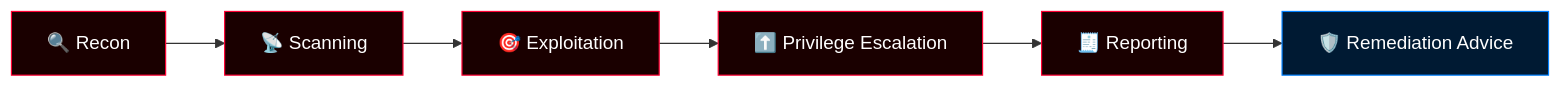
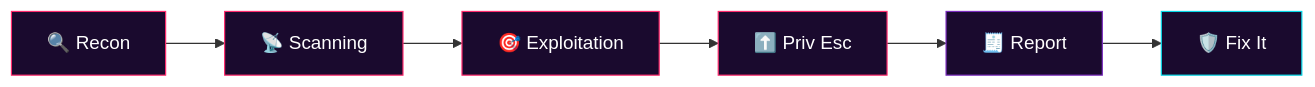
Before and after one commit to Hot-potato69/Hot-potato69: the diagram in README.md, drawn with Mermaid. The commit also changed other lines of this file, not shown here.

````diff
--- a/README.md
+++ b/README.md
@@ -96,14 +118,14 @@
 ```mermaid
 flowchart LR
     A[🔍 Recon] --> B[📡 Scanning]
     B --> C[🎯 Exploitation]
-    C --> D[⬆️ Privilege Escalation]
-    D --> E[🧾 Reporting]
-    E --> F[🛡️ Remediation Advice]
-    style A fill:#1a0000,stroke:#ff0033,color:#ffffff
-    style B fill:#1a0000,stroke:#ff0033,color:#ffffff
-    style C fill:#1a0000,stroke:#ff0033,color:#ffffff
-    style D fill:#1a0000,stroke:#ff0033,color:#ffffff
-    style E fill:#1a0000,stroke:#ff0033,color:#ffffff
-    style F fill:#001a33,stroke:#0080ff,color:#ffffff
+    C --> D[⬆️ Priv Esc]
+    D --> E[🧾 Report]
+    E --> F[🛡️ Fix It]
+    style A fill:#1a0a2e,stroke:#ff2a6d,color:#ffffff
+    style B fill:#1a0a2e,stroke:#ff2a6d,color:#ffffff
+    style C fill:#1a0a2e,stroke:#ff2a6d,color:#ffffff
+    style D fill:#1a0a2e,stroke:#ff2a6d,color:#ffffff
+    style E fill:#1a0a2e,stroke:#7b2cbf,color:#ffffff
+    style F fill:#1a0a2e,stroke:#05d9e8,color:#ffffff
 ```
````
